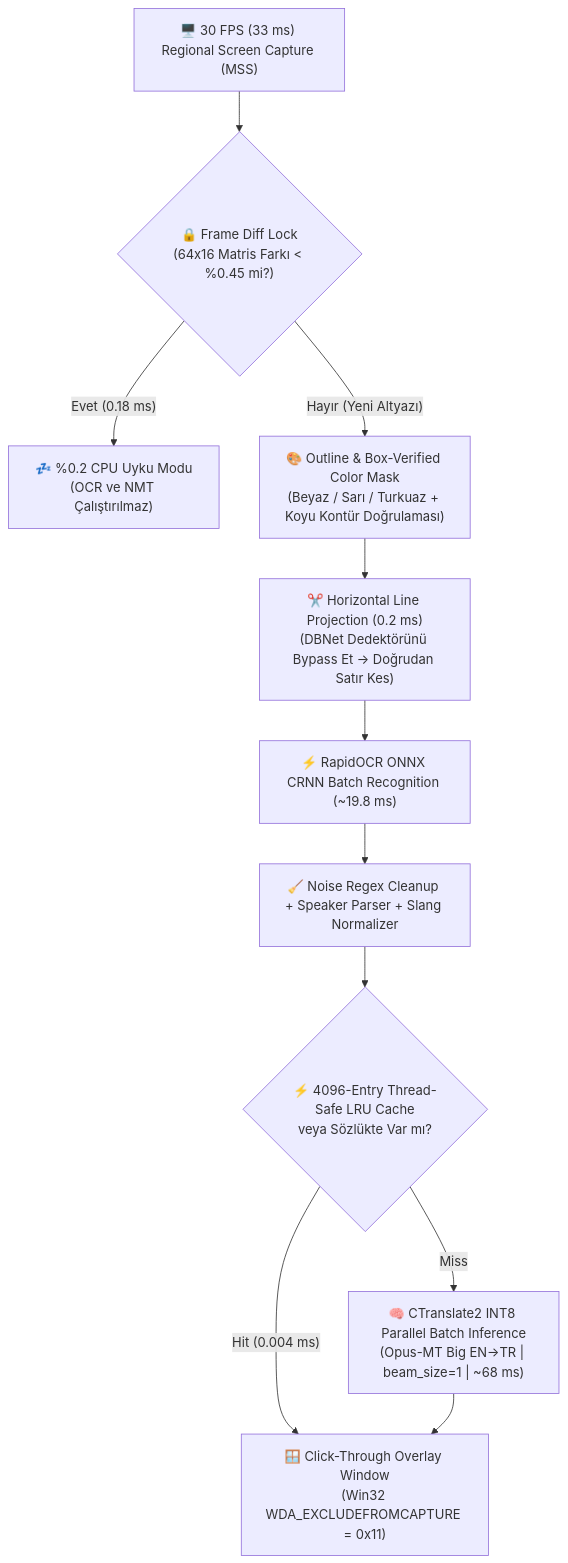
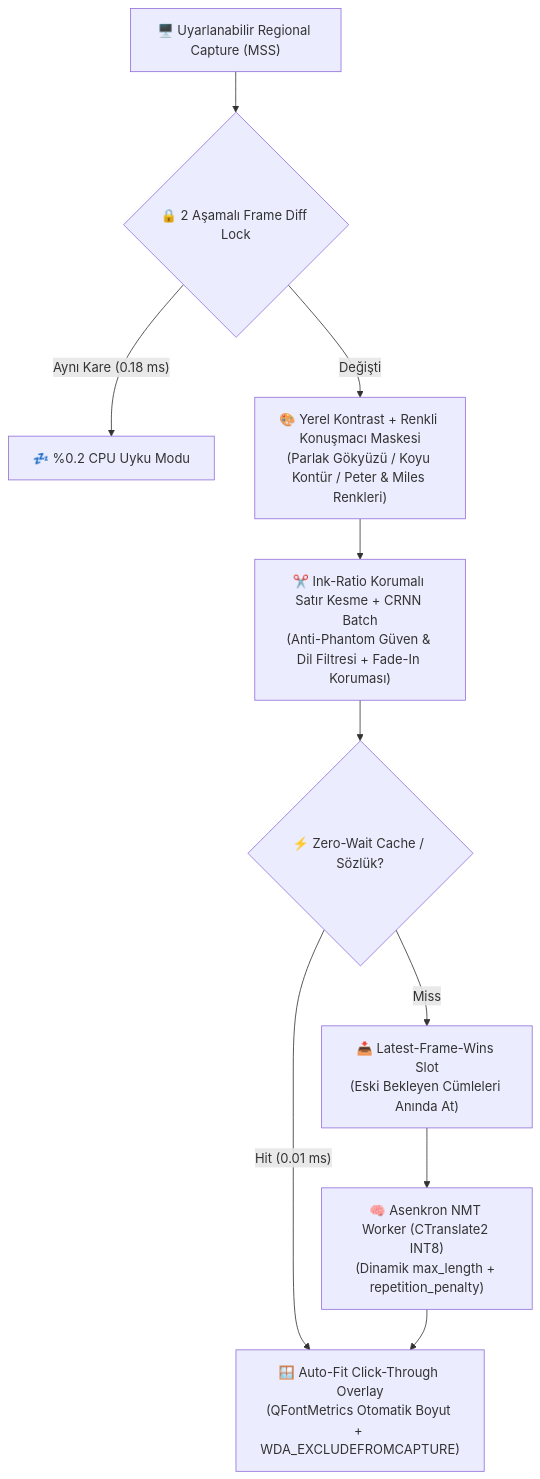
The diagram in README.md (Andacbasaran/subvision-ai-subtitle-translator), drawn with Mermaid before and after one commit. The commit also changed other lines of this file and 11 other files, not shown here.

Commit message:
v1.3: Async zero-stall pipeline, anti-phantom game OCR, Auto-Fit overlay & Defender-safe GUI/Inno Setup

````diff
--- a/README.md
+++ b/README.md
@@ -106,13 +106,12 @@
 ```mermaid
 flowchart TD
-    A["🖥️ 30 FPS (33 ms) Regional Screen Capture (MSS)"] --> B{"🔒 Frame Diff Lock\n(64x16 Matris Farkı < %0.45 mi?)"}
-    B -- "Evet (0.18 ms)" --> Z["💤 %0.2 CPU Uyku Modu\n(OCR ve NMT Çalıştırılmaz)"]
-    B -- "Hayır (Yeni Altyazı)" --> C["🎨 Outline & Box-Verified Color Mask\n(Beyaz / Sarı / Turkuaz + Koyu Kontür Doğrulaması)"]
-    C --> D["✂️ Horizontal Line Projection (0.2 ms)\n(DBNet Dedektörünü Bypass Et -> Doğrudan Satır Kes)"]
-    D --> E["⚡ RapidOCR ONNX CRNN Batch Recognition (~19.8 ms)"]
-    E --> F["🧹 Noise Regex Cleanup + Speaker Parser + Slang Normalizer"]
-    F --> G{"⚡ 4096-Entry Thread-Safe LRU Cache\nveya Sözlükte Var mı?"}
-    G -- "Hit (0.004 ms)" --> I["🪟 Click-Through Overlay Window\n(Win32 WDA_EXCLUDEFROMCAPTURE = 0x11)"]
-    G -- "Miss" --> H["🧠 CTranslate2 INT8 Parallel Batch Inference\n(Opus-MT Big EN->TR | beam_size=1 | ~68 ms)"]
+    A["🖥️ Uyarlanabilir Regional Capture (MSS)"] --> B{"🔒 2 Aşamalı Frame Diff Lock"}
+    B -- "Aynı Kare (0.18 ms)" --> Z["💤 %0.2 CPU Uyku Modu"]
+    B -- "Değişti" --> C["🎨 Yerel Kontrast + Renkli Konuşmacı Maskesi\n(Parlak Gökyüzü / Koyu Kontür / Peter & Miles Renkleri)"]
+    C --> D["✂️ Ink-Ratio Korumalı Satır Kesme + CRNN Batch\n(Anti-Phantom Güven & Dil Filtresi + Fade-In Koruması)"]
+    D --> E{"⚡ Zero-Wait Cache / Sözlük?"}
+    E -- "Hit (0.01 ms)" --> I["🪟 Auto-Fit Click-Through Overlay\n(QFontMetrics Otomatik Boyut + WDA_EXCLUDEFROMCAPTURE)"]
+    E -- "Miss" --> F["📥 Latest-Frame-Wins Slot\n(Eski Bekleyen Cümleleri Anında At)"]
+    F --> H["🧠 Asenkron NMT Worker (CTranslate2 INT8)\n(Dinamik max_length + repetition_penalty)"]
     H --> I
 ```
````
